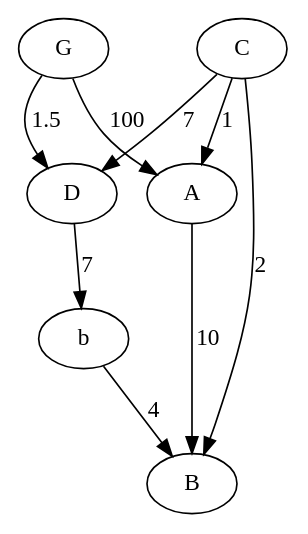
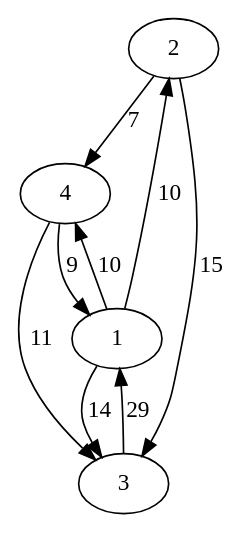
Before and after one commit to LerdPixel/mephi_labs: the diagram in lab4-sem3/graph.dot, drawn with Graphviz. The commit also changed 6 other files, not shown here.

```diff
--- a/lab4-sem3/graph.dot
+++ b/lab4-sem3/graph.dot
@@ -1,15 +1,14 @@
 digraph {
-b
-A
-G
-D
-C
-C -> D[label="7"]
-C -> B[label="2"]
-C -> A[label="1"]
-D -> b[label="7"]
-G -> A[label="100"]
-G -> D[label="1.5"]
-A -> B[label="10"]
-b -> B[label="4"]
+2
+1
+4
+3
+3 -> 1[label="29"]
+4 -> 3[label="11"]
+4 -> 1[label="9"]
+1 -> 2[label="10"]
+1 -> 3[label="14"]
+1 -> 4[label="10"]
+2 -> 3[label="15"]
+2 -> 4[label="7"]
 }
```
